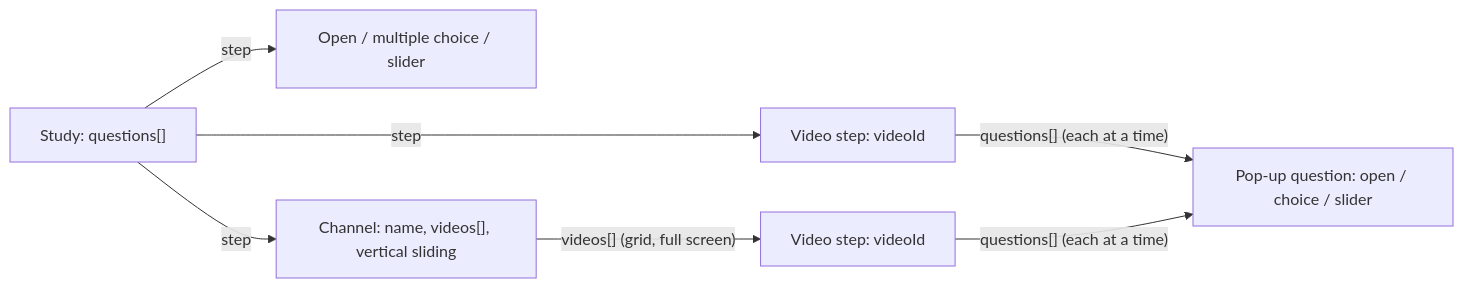
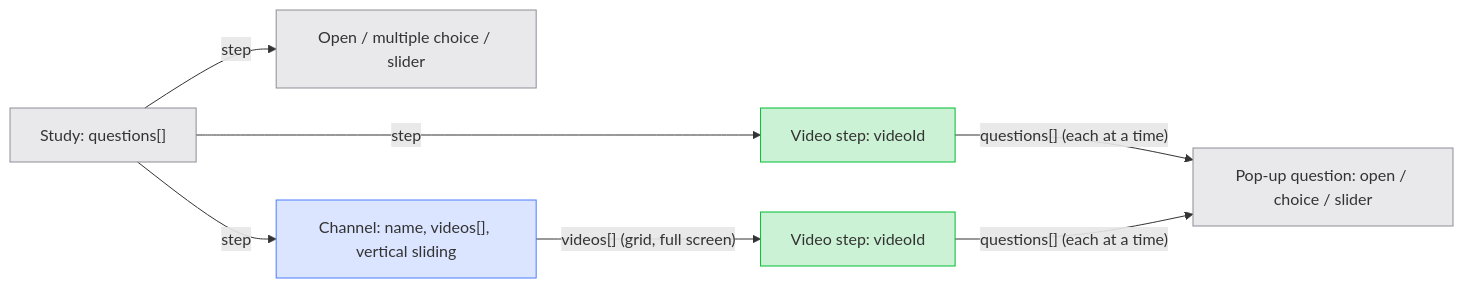
One commit to iamvaskiv/iris changed the third of 6 diagrams in docs/architecture.md. Above: the diagram before and after it, drawn with Mermaid. The commit also changed other lines of this file and 2 other files, not shown here.

First line of the commit message:
Diagrams: classic Mermaid look, colour-coded by role

````diff
--- a/docs/architecture.md
+++ b/docs/architecture.md
@@ -90,9 +119,20 @@
 ```mermaid
+---
+config:
+  look: classic
+---
 flowchart LR
     study["Study: questions[]"] -->|step| q["Open / multiple choice / slider"]
     study -->|step| video["Video step: videoId"]
     study -->|step| channel["Channel: name, videos[], vertical sliding"]
     channel -->|"videos[] (grid, full screen)"| cvideo["Video step: videoId"]
     video -->|"questions[] (each at a time)"| popup["Pop-up question: open / choice / slider"]
     cvideo -->|"questions[] (each at a time)"| popup
+
+    classDef neutral stroke:#918b98,fill:#918b9833
+    classDef video stroke:#00bd32,fill:#00bd3233
+    classDef channel stroke:#4c7dff,fill:#4c7dff33
+    class study,q,popup neutral
+    class video,cvideo video
+    class channel channel
 ```
````
